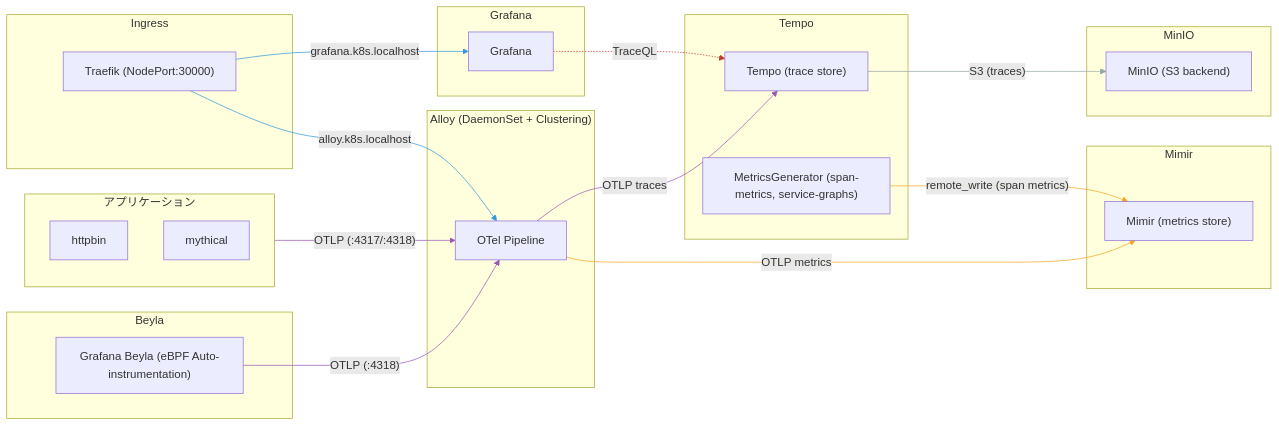
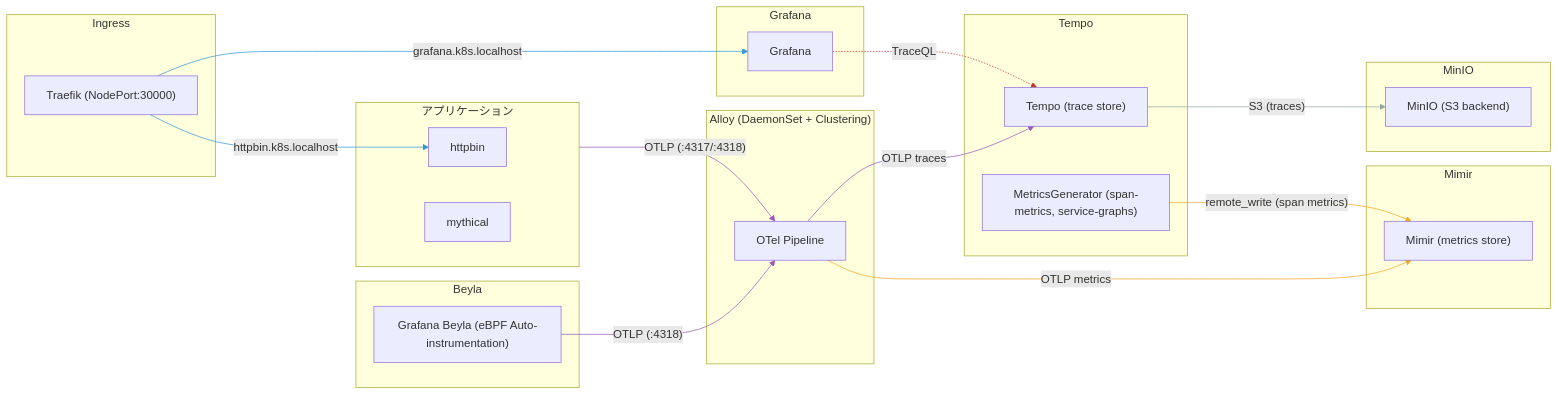
The third of 3 diagrams in k8s/alloy-kube-prom-stack/README.md (buzztaiki/sandbox), drawn with Mermaid before and after one commit. The commit also changed other lines of this file, not shown here.

Commit message:
update ingress edges: remove alloy/minio, add httpbin

````diff
--- a/k8s/alloy-kube-prom-stack/README.md
+++ b/k8s/alloy-kube-prom-stack/README.md
@@ -143,58 +147,58 @@
 ```mermaid
 graph LR
     subgraph apps["アプリケーション"]
         httpbin["httpbin"]
         mythical["mythical"]
     end
 
     subgraph beyla_ns["Beyla"]
         beyla["Grafana Beyla (eBPF Auto-instrumentation)"]
     end
 
     subgraph alloy_ns["Alloy (DaemonSet + Clustering)"]
         alloy_otel["OTel Pipeline"]
     end
 
     subgraph tempo_ns["Tempo"]
         tempo["Tempo (trace store)"]
         tempo_mg["MetricsGenerator (span-metrics, service-graphs)"]
     end
 
     subgraph mimir_ns["Mimir"]
         mimir["Mimir (metrics store)"]
     end
 
     subgraph minio_ns["MinIO"]
         minio["MinIO (S3 backend)"]
     end
 
     subgraph grafana_ns["Grafana"]
         grafana["Grafana"]
     end
 
     subgraph ingress["Ingress"]
         traefik["Traefik (NodePort:30000)"]
     end
 
     beyla t1@-->|"OTLP (:4318)"| alloy_otel
     apps t2@-->|"OTLP (:4317/:4318)"| alloy_otel
     alloy_otel t3@-->|"OTLP traces"| tempo
     alloy_otel m2@-->|"OTLP metrics"| mimir
     tempo_mg m1@-->|"remote_write (span metrics)"| mimir
     tempo s1@-->|"S3 (traces)"| minio
     grafana r1@-.->|"TraceQL"| tempo
     traefik i1@-->|"grafana.k8s.localhost"| grafana
-    traefik i2@-->|"alloy.k8s.localhost"| alloy_otel
+    traefik i2@-->|"httpbin.k8s.localhost"| httpbin
 
     classDef traces stroke:#9b59b6
     classDef metrics stroke:#f5a623
     classDef storage stroke:#95a5a6
     classDef read stroke:#c0392b
     classDef ingress stroke:#3498db
 
     class t1,t2,t3 traces
     class m1,m2 metrics
     class s1 storage
     class r1 read
     class i1,i2 ingress
 ```
````
